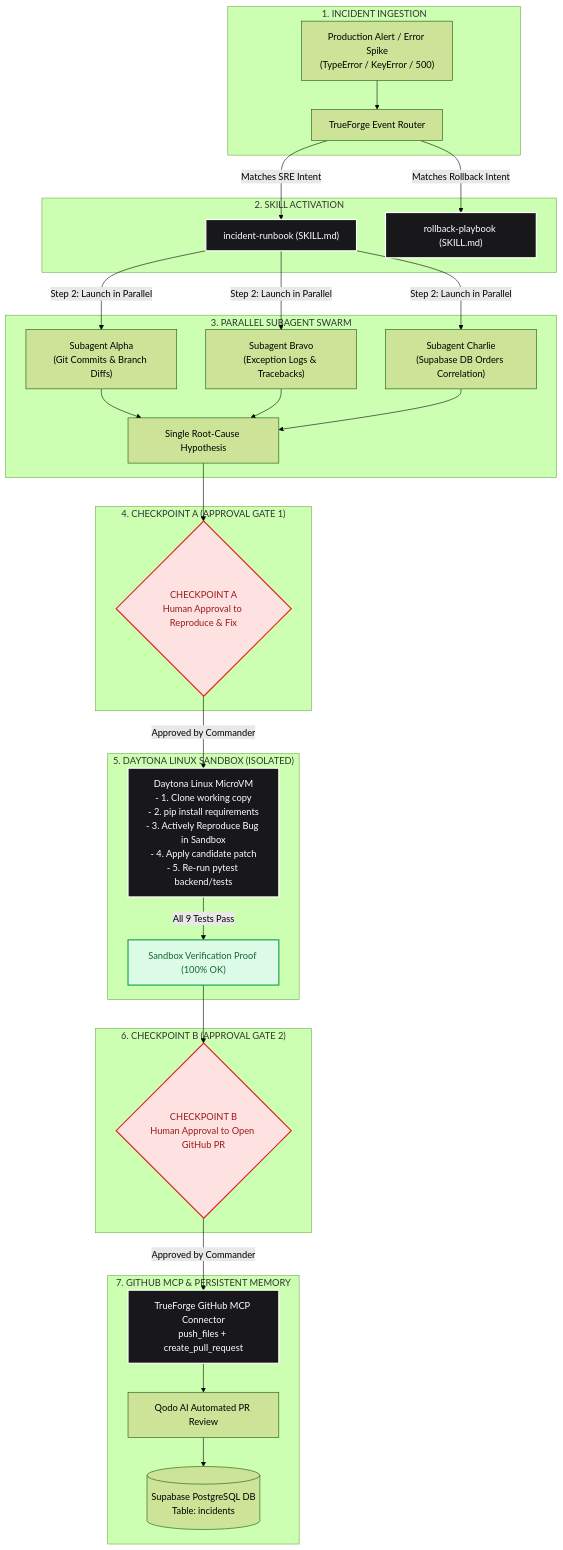
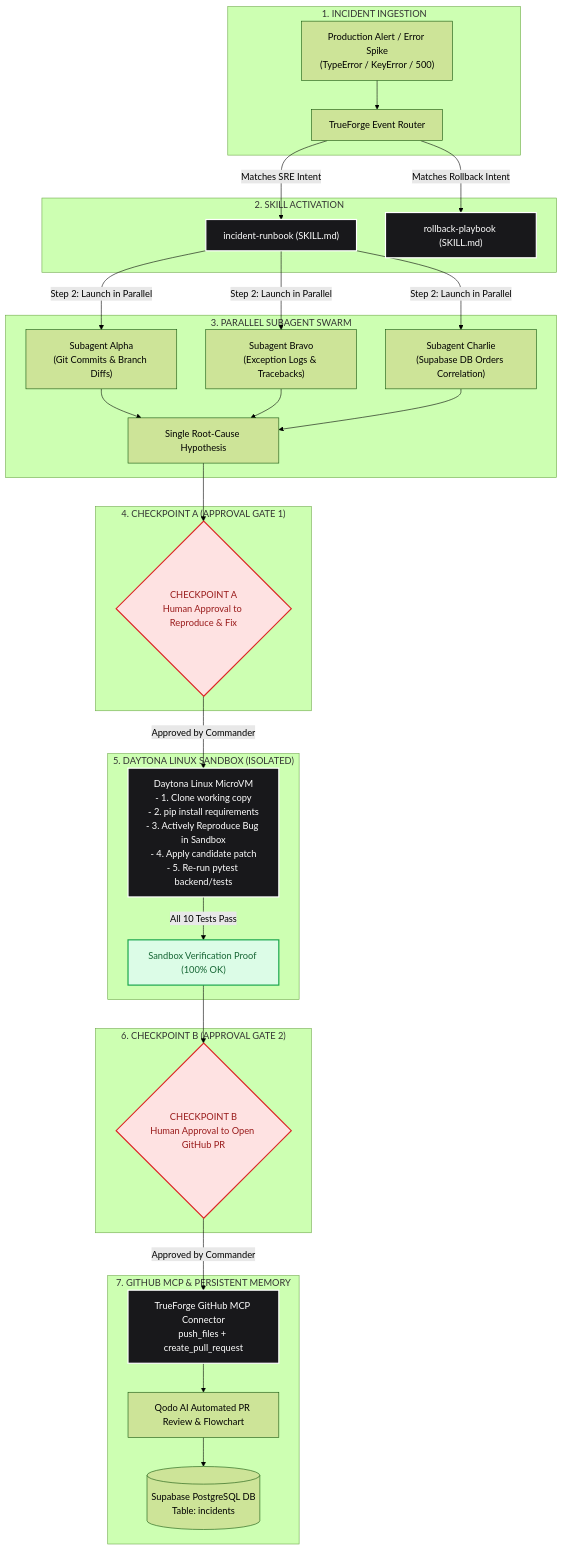
The diagram in README.md (Sourjya-Saha/sentinelops-skills), drawn with Mermaid (forest theme) before and after one commit. The commit also changed other lines of this file and 5 other files, not shown here.

Commit message:
docs: add Qodo AI code review screenshots and PR 13 promo discount case study

````diff
--- a/README.md
+++ b/README.md
@@ -28,48 +28,48 @@
 ```mermaid
 flowchart TD
     subgraph TriggerLayer ["1. INCIDENT INGESTION"]
         Alert["Production Alert / Error Spike<br/>(TypeError / KeyError / 500)"] --> Dispatcher["TrueForge Event Router"]
     end
 
     subgraph SkillSelection ["2. SKILL ACTIVATION"]
         Dispatcher -->|Matches SRE Intent| Runbook["incident-runbook (SKILL.md)"]
         Dispatcher -->|Matches Rollback Intent| Playbook["rollback-playbook (SKILL.md)"]
     end
 
     subgraph SwarmExecution ["3. PARALLEL SUBAGENT SWARM"]
         Runbook -->|Step 2: Launch in Parallel| SubAlpha["Subagent Alpha<br/>(Git Commits & Branch Diffs)"]
         Runbook -->|Step 2: Launch in Parallel| SubBravo["Subagent Bravo<br/>(Exception Logs & Tracebacks)"]
         Runbook -->|Step 2: Launch in Parallel| SubCharlie["Subagent Charlie<br/>(Supabase DB Orders Correlation)"]
         
         SubAlpha --> Hypothesis["Single Root-Cause Hypothesis"]
         SubBravo --> Hypothesis
         SubCharlie --> Hypothesis
     end
 
     subgraph Gate1 ["4. CHECKPOINT A (APPROVAL GATE 1)"]
         Hypothesis --> CheckpointA{"CHECKPOINT A<br/>Human Approval to Reproduce & Fix"}
     end
 
     subgraph DaytonaIsolation ["5. DAYTONA LINUX SANDBOX (ISOLATED)"]
         CheckpointA -->|Approved by Commander| Daytona["Daytona Linux MicroVM<br/>- 1. Clone working copy<br/>- 2. pip install requirements<br/>- 3. Actively Reproduce Bug in Sandbox<br/>- 4. Apply candidate patch<br/>- 5. Re-run pytest backend/tests"]
-        Daytona -->|All 9 Tests Pass| Proof["Sandbox Verification Proof (100% OK)"]
+        Daytona -->|All 10 Tests Pass| Proof["Sandbox Verification Proof (100% OK)"]
     end
 
     subgraph Gate2 ["6. CHECKPOINT B (APPROVAL GATE 2)"]
         Proof --> CheckpointB{"CHECKPOINT B<br/>Human Approval to Open GitHub PR"}
     end
 
     subgraph GitHubAndQodo ["7. GITHUB MCP & PERSISTENT MEMORY"]
         CheckpointB -->|Approved by Commander| GitHubMCP["TrueForge GitHub MCP Connector<br/>push_files + create_pull_request"]
-        GitHubMCP --> QodoReview["Qodo AI Automated PR Review"]
+        GitHubMCP --> QodoReview["Qodo AI Automated PR Review & Flowchart"]
         QodoReview --> SupabaseMemory[("Supabase PostgreSQL DB<br/>Table: incidents")]
     end
 
     classDef redGate fill:#fee2e2,stroke:#dc2626,stroke-width:2px,color:#991b1b;
     classDef darkNode fill:#18181b,stroke:#ffffff,stroke-width:2px,color:#ffffff;
     classDef greenProof fill:#dcfce7,stroke:#16a34a,stroke-width:2px,color:#166534;
 
     class CheckpointA,CheckpointB redGate;
     class Runbook,Playbook,Daytona,GitHubMCP darkNode;
     class Proof greenProof;
 ```
````
